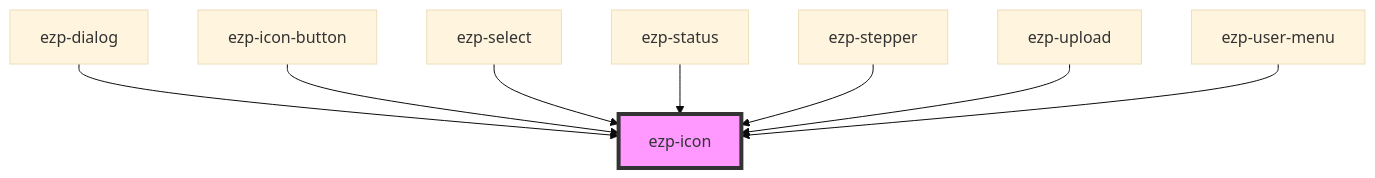
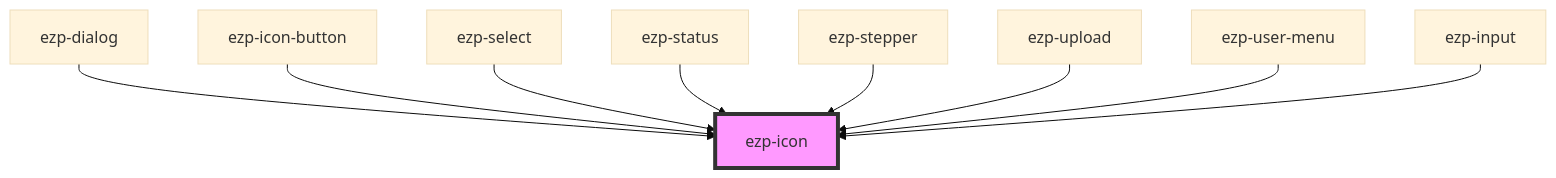
One commit to ezeep/ezeep-js changed the diagram in src/components/ezp-icon/readme.md. Above: the diagram before and after it, drawn with Mermaid (base theme). The commit also changed other lines of this file and 4 other files, not shown here.

Commit message:
docs updated for ezp-input component

````diff
--- a/src/components/ezp-icon/readme.md
+++ b/src/components/ezp-icon/readme.md
@@ -27,11 +28,12 @@
 ```mermaid
 graph TD;
   ezp-dialog --> ezp-icon
   ezp-icon-button --> ezp-icon
   ezp-select --> ezp-icon
   ezp-status --> ezp-icon
   ezp-stepper --> ezp-icon
   ezp-upload --> ezp-icon
   ezp-user-menu --> ezp-icon
+  ezp-input --> ezp-icon
   style ezp-icon fill:#f9f,stroke:#333,stroke-width:4px
 ```
````
